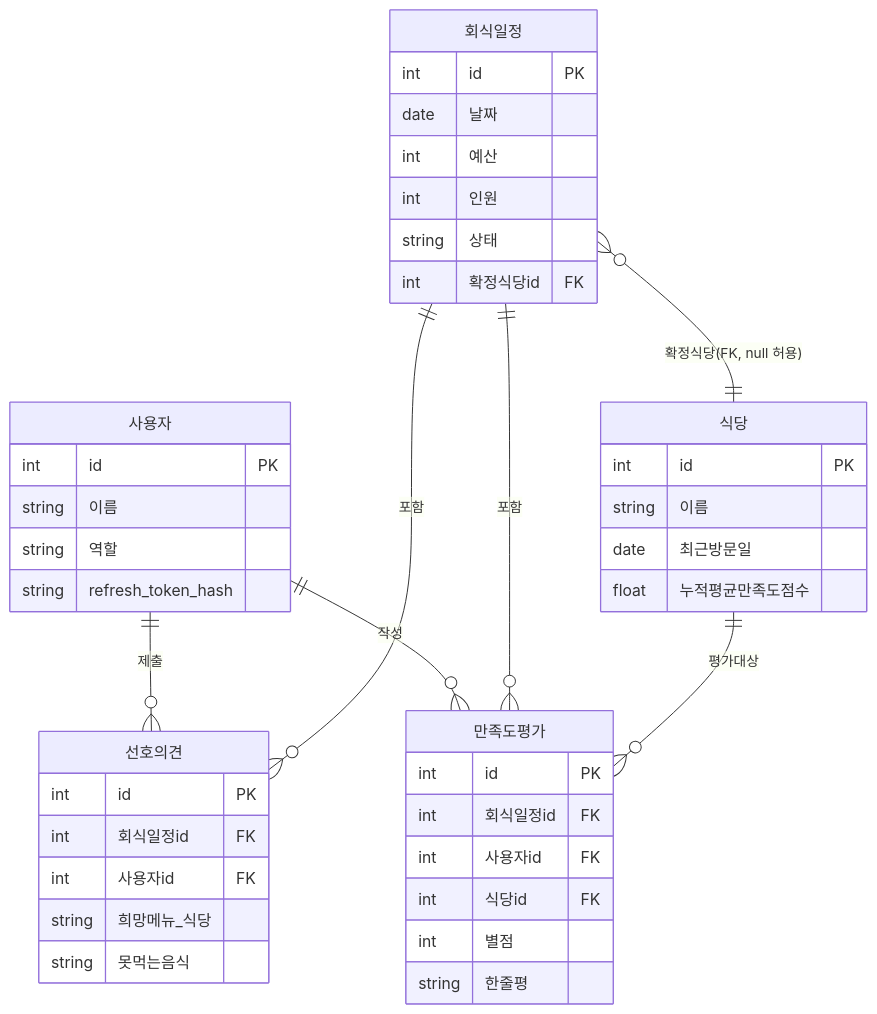
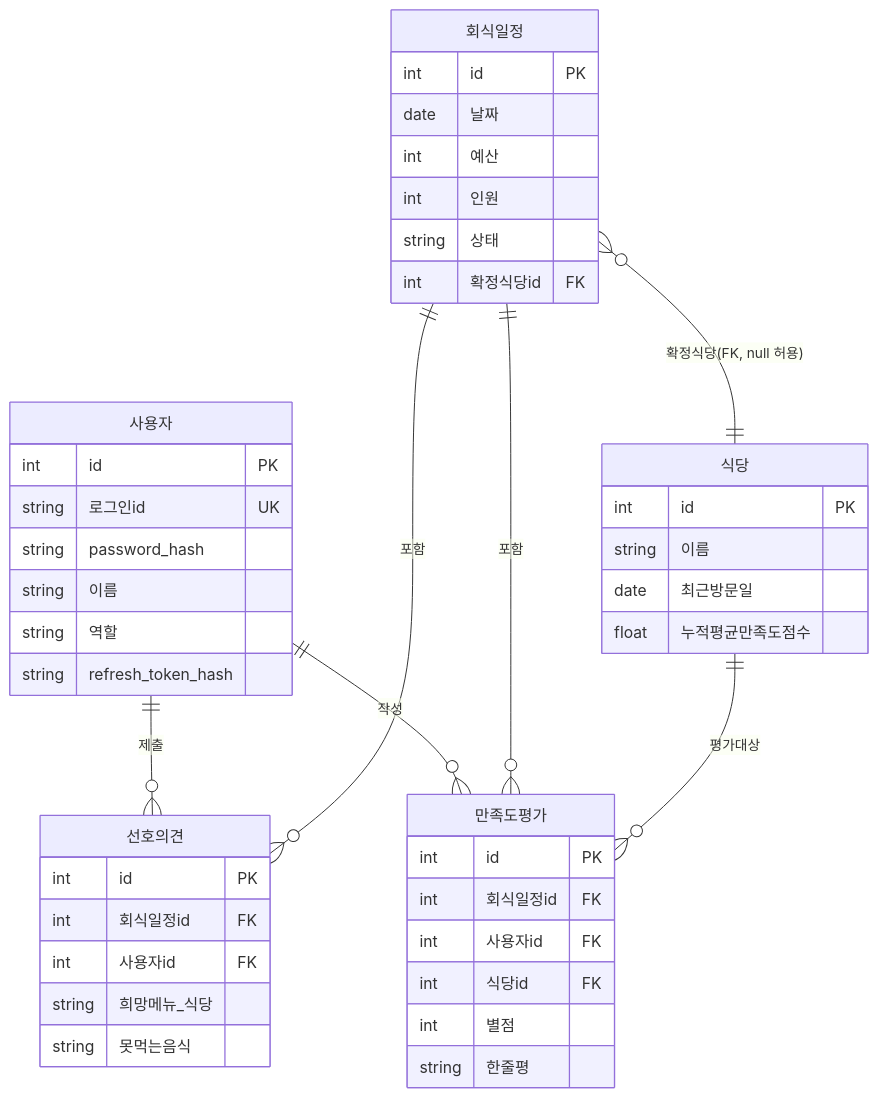
Before and after one commit to yhj010128/b2b-promotion: the diagram in docs/7-erd.md, drawn with Mermaid. The commit also changed other lines of this file and 5 other files, not shown here.

````diff
--- a/docs/7-erd.md
+++ b/docs/7-erd.md
@@ -5,49 +5,51 @@
 ```mermaid
 erDiagram
     사용자 {
         int id PK
+        string 로그인id UK
+        string password_hash
         string 이름
         string 역할
         string refresh_token_hash
     }
 
     회식일정 {
         int id PK
         date 날짜
         int 예산
         int 인원
         string 상태
         int 확정식당id FK
     }
 
     선호의견 {
         int id PK
         int 회식일정id FK
         int 사용자id FK
         string 희망메뉴_식당
         string 못먹는음식
     }
 
     만족도평가 {
         int id PK
         int 회식일정id FK
         int 사용자id FK
         int 식당id FK
         int 별점
         string 한줄평
     }
 
     식당 {
         int id PK
         string 이름
         date 최근방문일
         float 누적평균만족도점수
     }
 
     사용자 ||--o{ 선호의견 : "제출"
     사용자 ||--o{ 만족도평가 : "작성"
     회식일정 ||--o{ 선호의견 : "포함"
     회식일정 ||--o{ 만족도평가 : "포함"
     회식일정 }o--|| 식당 : "확정식당(FK, null 허용)"
     식당 ||--o{ 만족도평가 : "평가대상"
 ```
````
